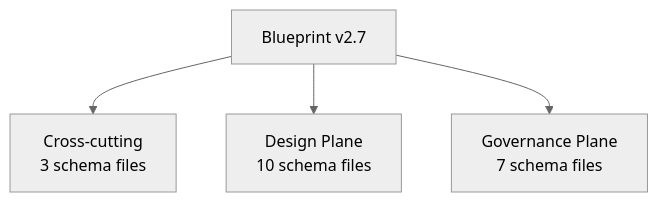
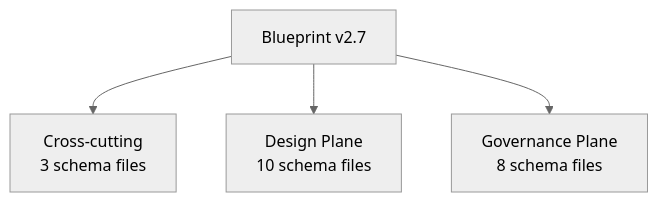
Before and after one commit to Archally/blueprint-schema: the diagram in docs/schema-atlas/v2.7/overview.md, drawn with Mermaid (neutral theme). The commit also changed other lines of this file and 54 other files, not shown here.

````diff
--- a/docs/schema-atlas/v2.7/overview.md
+++ b/docs/schema-atlas/v2.7/overview.md
@@ -17,10 +17,10 @@
 ```mermaid
 graph TD
     ROOT["Blueprint v2.7"]
     cross_cutting["Cross-cutting<br/>3 schema files"]
     ROOT --> cross_cutting
     design["Design Plane<br/>10 schema files"]
     ROOT --> design
-    governance["Governance Plane<br/>7 schema files"]
+    governance["Governance Plane<br/>8 schema files"]
     ROOT --> governance
 ```
````
